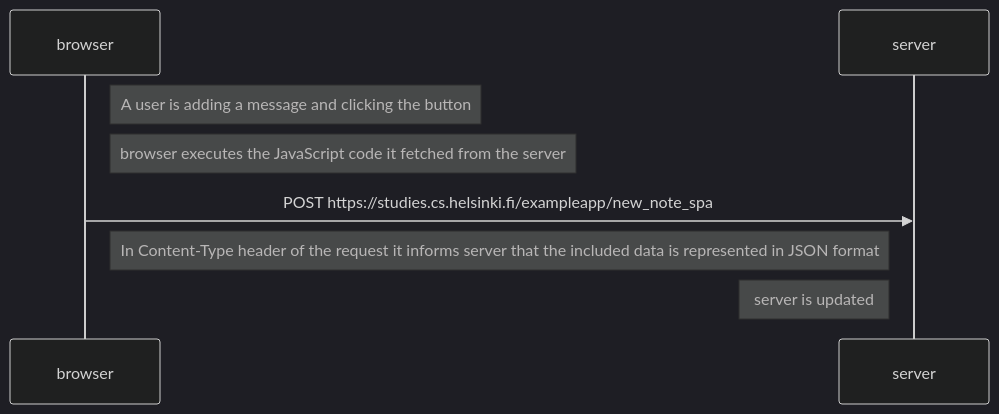
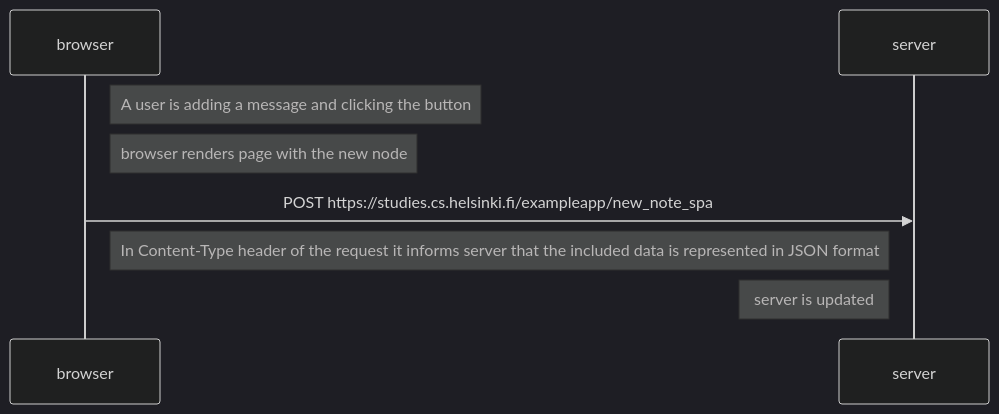
The diagram in part0/new_node_in_single_page_app_diagram.md (karolinakwasny/Full_Stack_open), drawn with Mermaid (dark theme) before and after one commit.

Commit message:
maybe done

````diff
--- a/part0/new_node_in_single_page_app_diagram.md
+++ b/part0/new_node_in_single_page_app_diagram.md
@@ -1,16 +1,16 @@
 ```mermaid
 sequenceDiagram
     participant browser
     participant server
 
     Note right of browser: A user is adding a message and clicking the button
 
-    Note right of browser: browser executes the JavaScript code it fetched from the server
+    Note right of browser: browser renders page with the new node
     browser->>server: POST https://studies.cs.helsinki.fi/exampleapp/new_note_spa
     activate server
 
     Note right of browser: In Content-Type header of the request it informs server that the included data is represented in JSON format
 
     Note left of server: server is updated
 
 ```
````
